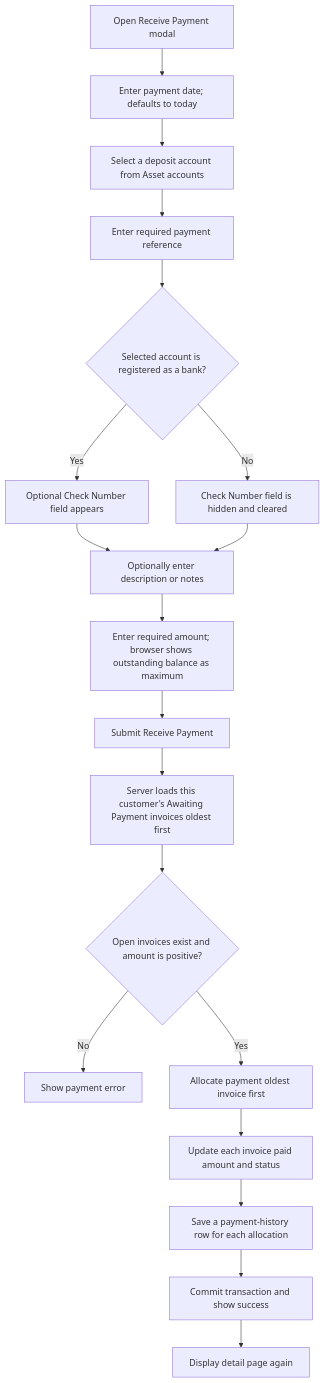
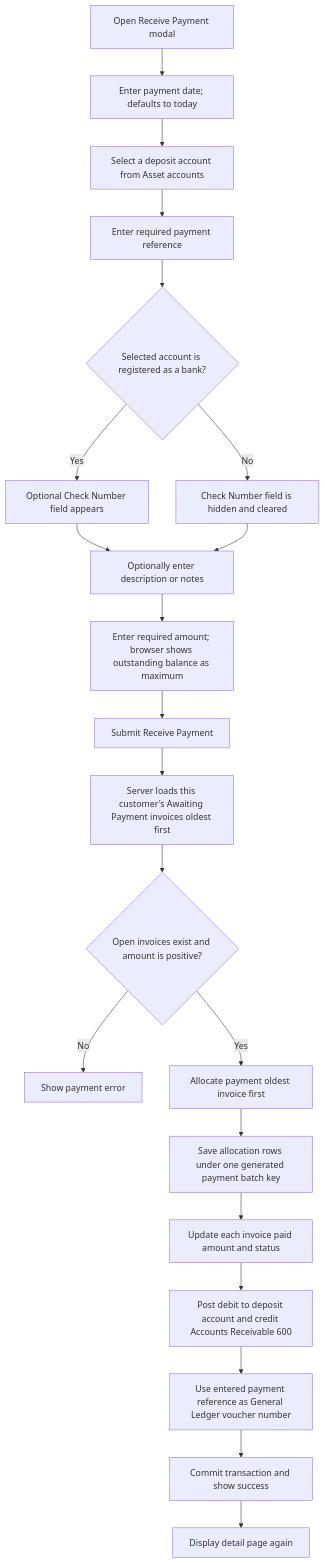
The third of 4 diagrams in UserFlowDiagrams/Account/acReceivableUserFlowDiagram.md (ThawHtooZin/LMS), drawn with Mermaid before and after one commit. The commit also changed other lines of this file and 4 other files, not shown here.

````diff
--- a/UserFlowDiagrams/Account/acReceivableUserFlowDiagram.md
+++ b/UserFlowDiagrams/Account/acReceivableUserFlowDiagram.md
@@ -48,21 +48,23 @@
 ```mermaid
 flowchart TD
     A[Open Receive Payment modal] --> B[Enter payment date; defaults to today]
     B --> C[Select a deposit account from Asset accounts]
     C --> D[Enter required payment reference]
     D --> E{Selected account is registered as a bank?}
     E -->|Yes| F[Optional Check Number field appears]
     E -->|No| G[Check Number field is hidden and cleared]
     F --> H[Optionally enter description or notes]
     G --> H
     H --> I[Enter required amount; browser shows outstanding balance as maximum]
     I --> J[Submit Receive Payment]
     J --> K[Server loads this customer's Awaiting Payment invoices oldest first]
     K --> L{Open invoices exist and amount is positive?}
     L -->|No| M[Show payment error]
     L -->|Yes| N[Allocate payment oldest invoice first]
-    N --> O[Update each invoice paid amount and status]
-    O --> P[Save a payment-history row for each allocation]
-    P --> Q[Commit transaction and show success]
-    Q --> R[Display detail page again]
+    N --> O[Save allocation rows under one generated payment batch key]
+    O --> P[Update each invoice paid amount and status]
+    P --> Q[Post debit to deposit account and credit Accounts Receivable 600]
+    Q --> R[Use entered payment reference as General Ledger voucher number]
+    R --> S[Commit transaction and show success]
+    S --> T[Display detail page again]
 ```
````
